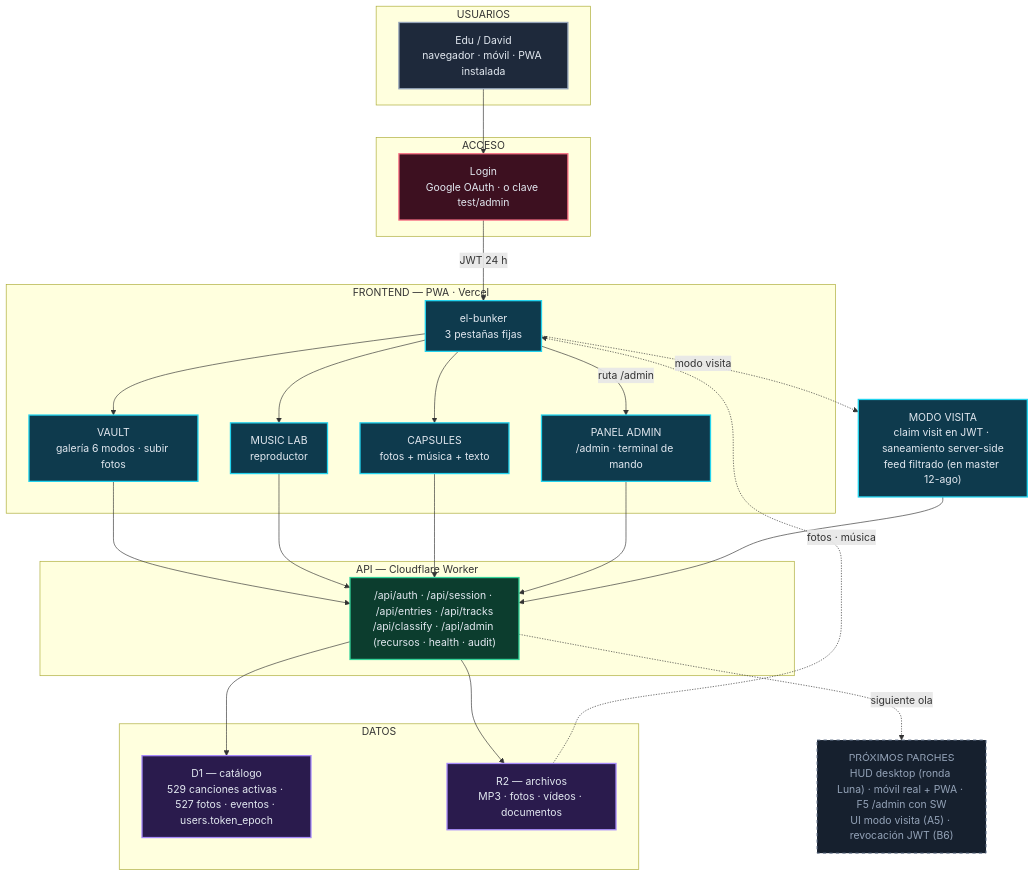
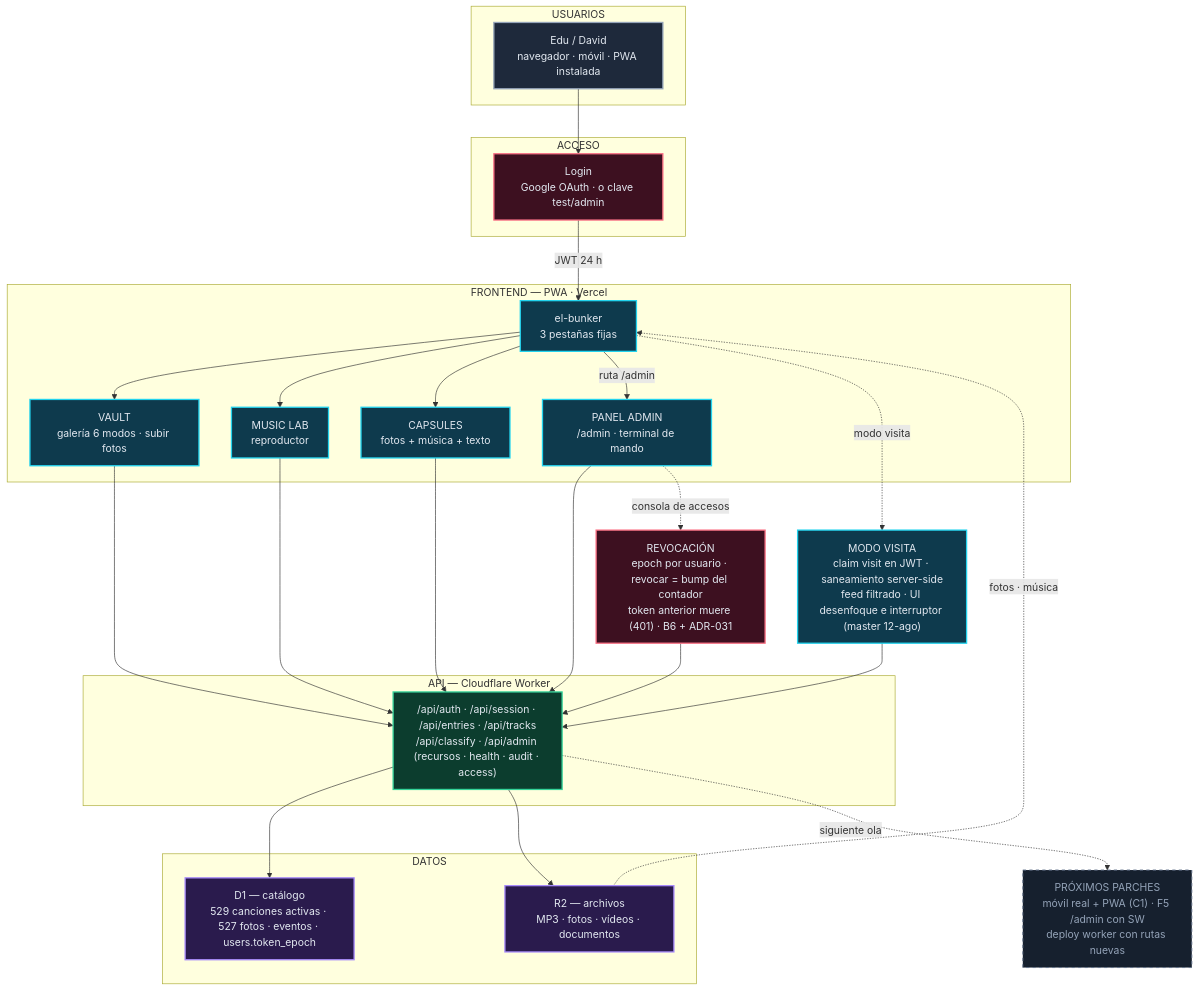
One commit to eduardosmulero-tech/el-bunker changed the diagram in docs/diagramas/flujo-app.mmd. Above: the diagram before and after it, drawn with Mermaid. The commit also changed 3 other files, not shown here.

Commit message:
docs: grafo v5 y parche usuario 12-ago al estado post-merge (HUD, Modo Visita UI, revocacion ya integrados)

```diff
--- a/docs/diagramas/flujo-app.mmd
+++ b/docs/diagramas/flujo-app.mmd
@@ -1,56 +1,61 @@
 flowchart TB
     subgraph S_USR["USUARIOS"]
         EDU["Edu / David<br/>navegador · móvil · PWA instalada"]
     end
 
     subgraph S_ACC["ACCESO"]
         LOGIN["Login<br/>Google OAuth · o clave test/admin"]
     end
 
     subgraph S_FE["FRONTEND — PWA · Vercel"]
         APP["el-bunker<br/>3 pestañas fijas"]
         VAULT["VAULT<br/>galería 6 modos · subir fotos"]
         LAB["MUSIC LAB<br/>reproductor"]
         CAPS["CAPSULES<br/>fotos + música + texto"]
         PANEL["PANEL ADMIN<br/>/admin · terminal de mando"]
     end
 
     subgraph S_API["API — Cloudflare Worker"]
-        API["/api/auth · /api/session · /api/entries · /api/tracks<br/>/api/classify · /api/admin (recursos · health · audit)"]
+        API["/api/auth · /api/session · /api/entries · /api/tracks<br/>/api/classify · /api/admin (recursos · health · audit · access)"]
     end
 
     subgraph S_DAT["DATOS"]
         D1["D1 — catálogo<br/>529 canciones activas · 527 fotos · eventos · users.token_epoch"]
         R2["R2 — archivos<br/>MP3 · fotos · vídeos · documentos"]
     end
 
-    MV["MODO VISITA<br/>claim visit en JWT · saneamiento server-side<br/>feed filtrado (en master 12-ago)"]
+    MV["MODO VISITA<br/>claim visit en JWT · saneamiento server-side<br/>feed filtrado · UI desenfoque e interruptor (master 12-ago)"]
 
-    FUT["PRÓXIMOS PARCHES<br/>HUD desktop (ronda Luna) · móvil real + PWA · F5 /admin con SW<br/>UI modo visita (A5) · revocación JWT (B6)"]
+    REV["REVOCACIÓN<br/>epoch por usuario · revocar = bump del contador<br/>token anterior muere (401) · B6 + ADR-031"]
+
+    FUT["PRÓXIMOS PARCHES<br/>móvil real + PWA (C1) · F5 /admin con SW<br/>deploy worker con rutas nuevas"]
 
     EDU --> LOGIN
     LOGIN -->|JWT 24 h| APP
     APP --> VAULT & LAB & CAPS
     APP -->|ruta /admin| PANEL
     VAULT & LAB & CAPS & PANEL --> API
     API --> D1
     API --> R2
     R2 -.->|fotos · música| APP
     APP -.->|modo visita| MV
     MV --> API
+    PANEL -.->|consola de accesos| REV
+    REV --> API
     API -.->|siguiente ola| FUT
 
     classDef external fill:#1e293b,stroke:#94a3b8,color:#e2e8f0,stroke-width:2px
     classDef security fill:#3d1020,stroke:#fb7185,color:#e2e8f0,stroke-width:2px
     classDef frontend fill:#0e3a4d,stroke:#22d3ee,color:#e2e8f0,stroke-width:2px
     classDef backend fill:#0c3d2e,stroke:#34d399,color:#e2e8f0,stroke-width:2px
     classDef data fill:#2a1b4d,stroke:#a78bfa,color:#e2e8f0,stroke-width:2px
     classDef future fill:#16202e,stroke:#64748b,color:#94a3b8,stroke-width:1.5px,stroke-dasharray:5 5
 
     class EDU external
     class LOGIN security
     class APP,VAULT,LAB,CAPS,PANEL frontend
     class MV frontend
+    class REV security
     class API backend
     class D1,R2 data
     class FUT future
```
